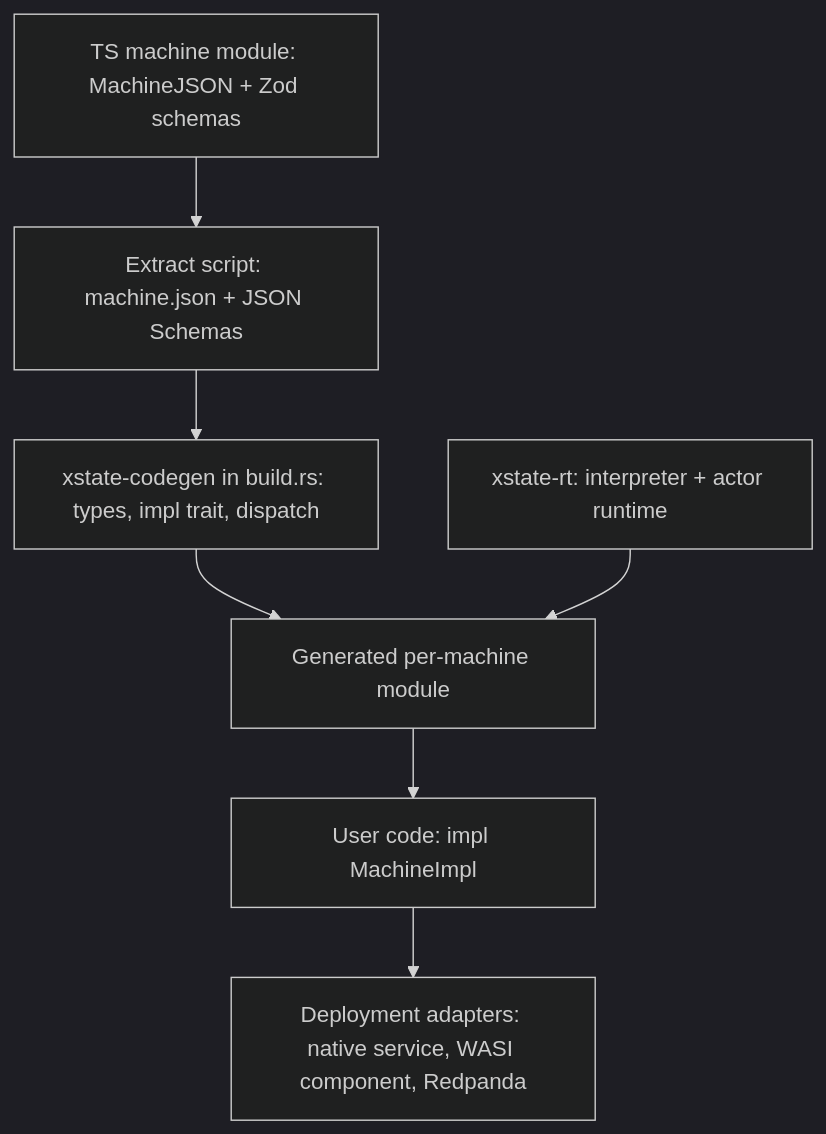
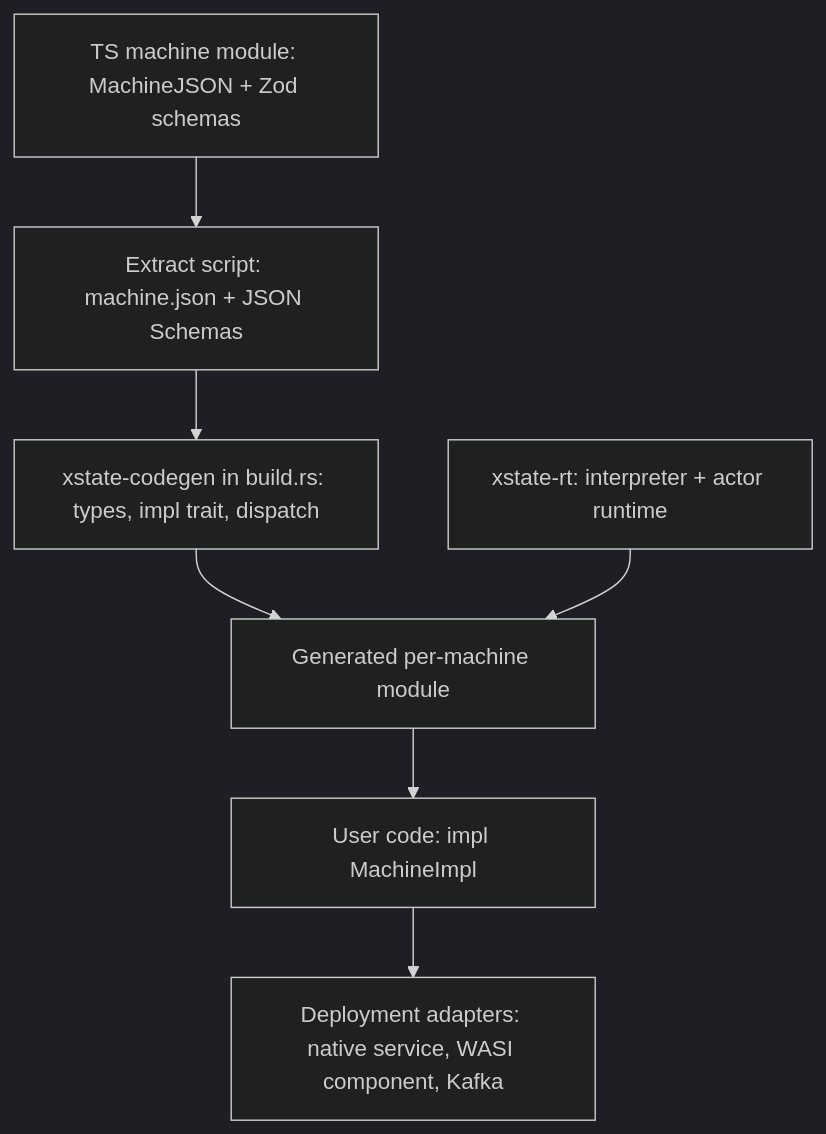
One commit to wetryfun/xstate-rs changed the diagram in CLAUDE.md. Above: the diagram before and after it, drawn with Mermaid (dark theme). The commit also changed other lines of this file and 17 other files, not shown here.

First line of the commit message:
Rename xstate-redpanda to xstate-kafka

````diff
--- a/CLAUDE.md
+++ b/CLAUDE.md
@@ -34,9 +34,9 @@
 ```mermaid
 flowchart TD
   TS[TS machine module: MachineJSON + Zod schemas] --> EX[Extract script: machine.json + JSON Schemas]
   EX --> CG[xstate-codegen in build.rs: types, impl trait, dispatch]
   CG --> GEN[Generated per-machine module]
   RT[xstate-rt: interpreter + actor runtime] --> GEN
   GEN --> USER[User code: impl MachineImpl]
-  USER --> SVC[Deployment adapters: native service, WASI component, Redpanda]
+  USER --> SVC[Deployment adapters: native service, WASI component, Kafka]
 ```
````
